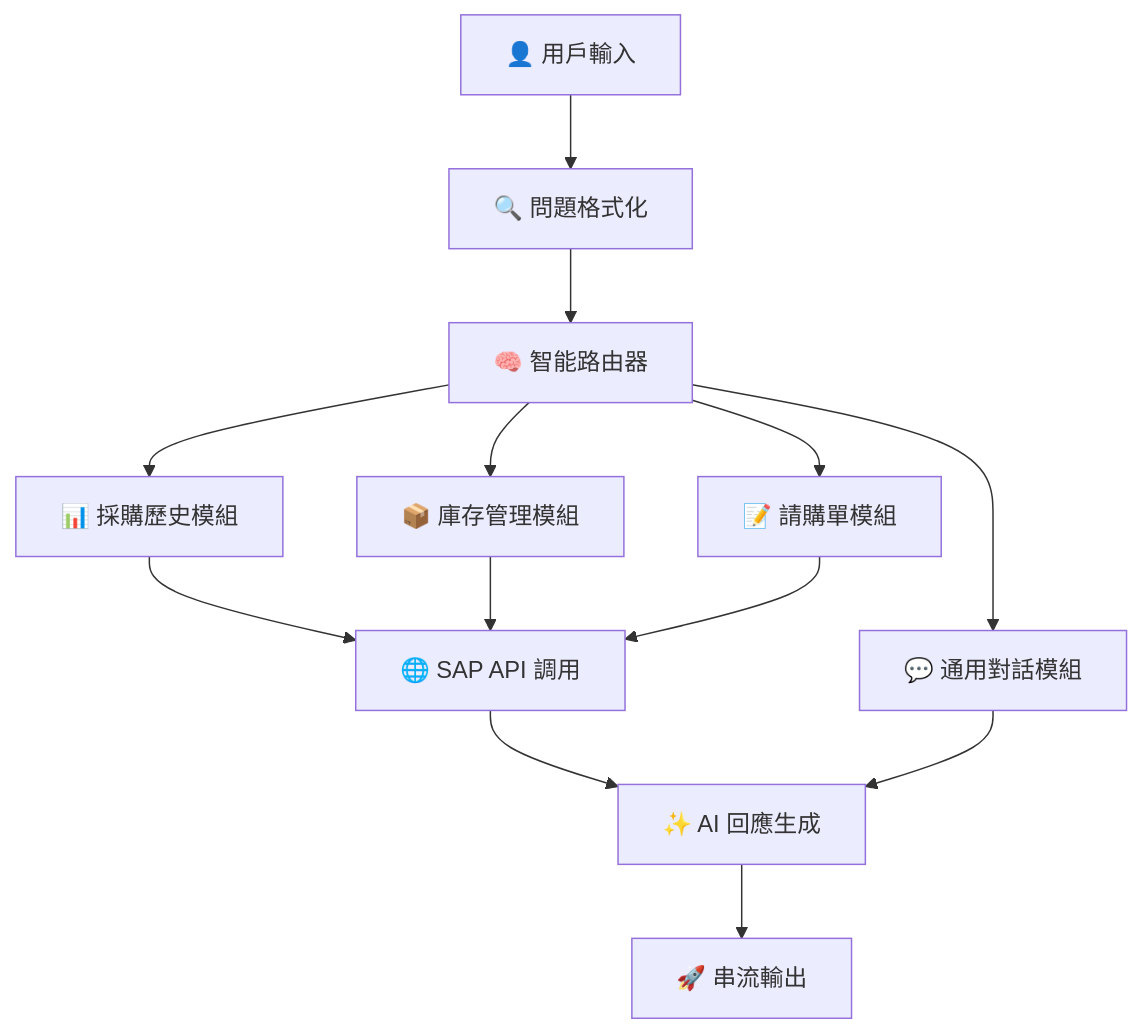
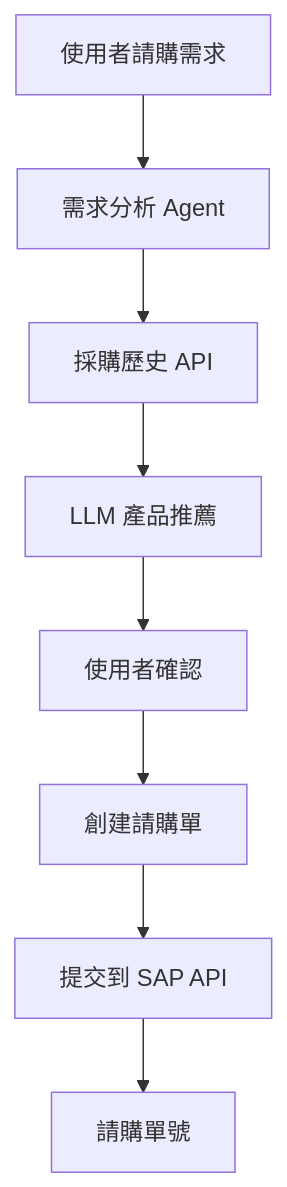
Before and after one commit to Chrisliao0806/sap_ai_agent: the diagram in README.md, drawn with Mermaid. The commit also changed other lines of this file and 1 other file, not shown here.

````diff
--- a/README.md
+++ b/README.md
@@ -39,15 +14,10 @@
 ```mermaid
 graph TB
-    A[👤 用戶輸入] --> B[🔍 問題格式化]
-    B --> C[🧠 智能路由器]
-    C --> D[📊 採購歷史模組]
-    C --> E[📦 庫存管理模組]
-    C --> F[📝 請購單模組]
-    C --> G[💬 通用對話模組]
-    D --> H[🌐 SAP API 調用]
-    E --> H
-    F --> H
-    H --> I[✨ AI 回應生成]
-    G --> I
-    I --> J[🚀 串流輸出]
+    A[使用者請購需求] --> B[需求分析 Agent]
+    B --> C[採購歷史 API]
+    C --> D[LLM 產品推薦]
+    D --> E[使用者確認]
+    E --> F[創建請購單]
+    F --> G[提交到 SAP API]
+    G --> H[請購單號]
 ```
````
